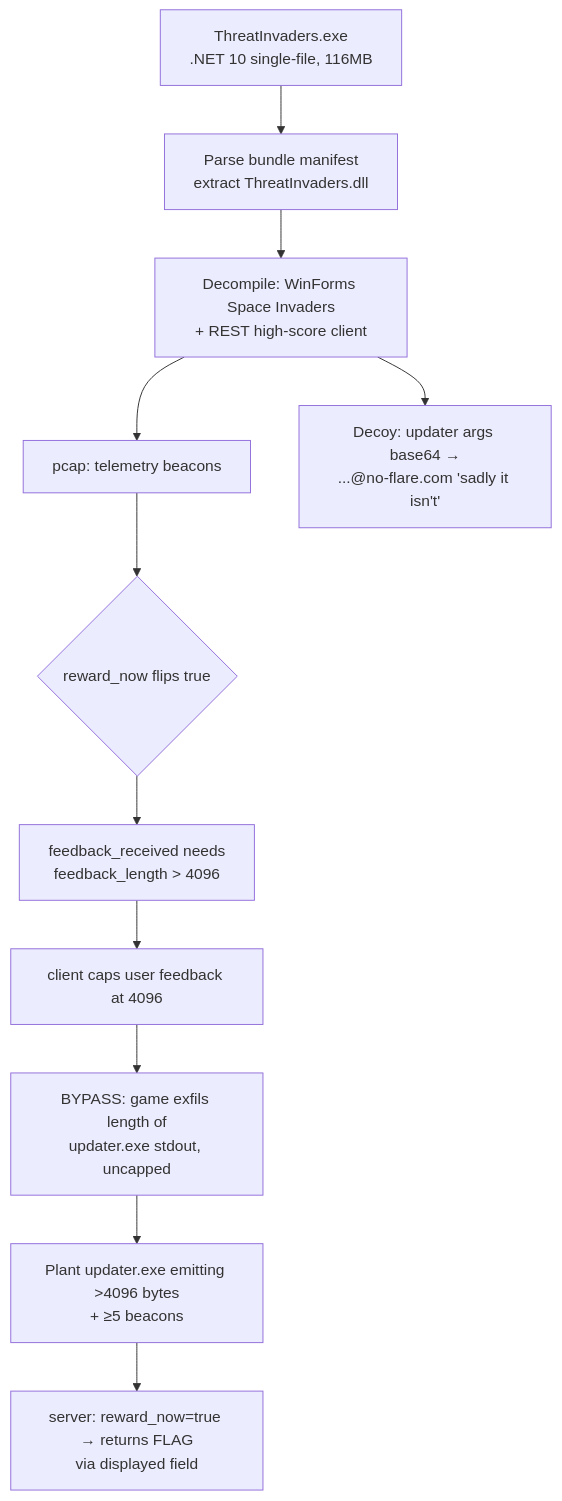
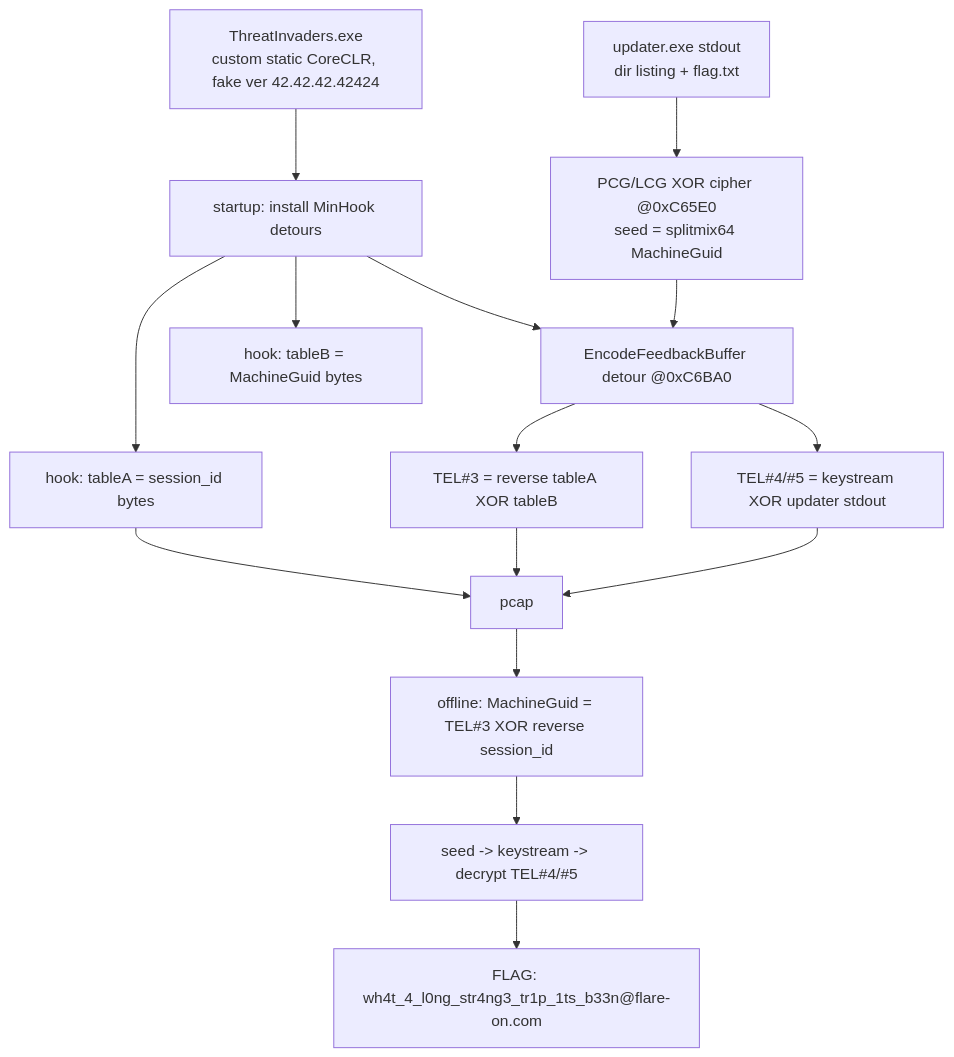
Before and after one commit to blackbeard666/flareon-13-2026-ai-writeups: the diagram in writeups/06-threatinvaders.md, drawn with Mermaid. The commit also changed other lines of this file and 45 other files, not shown here.

First line of the commit message:
FLARE-On 13 #6 ThreatInvaders: SOLVED offline

````diff
--- a/writeups/06-threatinvaders.md
+++ b/writeups/06-threatinvaders.md
@@ -72,13 +74,17 @@
 ```mermaid
 flowchart TD
-    A[ThreatInvaders.exe<br/>.NET 10 single-file, 116MB] --> B[Parse bundle manifest<br/>extract ThreatInvaders.dll]
-    B --> C[Decompile: WinForms Space Invaders<br/>+ REST high-score client]
-    C --> D[pcap: telemetry beacons]
-    D --> E{reward_now flips true}
-    E --> F[feedback_received needs<br/>feedback_length &gt; 4096]
-    F --> G[client caps user feedback at 4096]
-    G --> H[BYPASS: game exfils length of<br/>updater.exe stdout, uncapped]
-    H --> I[Plant updater.exe emitting &gt;4096 bytes<br/>+ ≥5 beacons]
-    I --> J[server: reward_now=true → returns FLAG<br/>via displayed field]
-    C --> K[Decoy: updater args base64 →<br/>...@no-flare.com 'sadly it isn't']
+    A[ThreatInvaders.exe<br/>custom static CoreCLR, fake ver 42.42.42.42424] --> B[startup: install MinHook detours]
+    B --> C[hook: tableA = session_id bytes]
+    B --> D[hook: tableB = MachineGuid bytes]
+    B --> E[EncodeFeedbackBuffer detour @0xC6BA0]
+    F[updater.exe stdout<br/>dir listing + flag.txt] --> G[PCG/LCG XOR cipher @0xC65E0<br/>seed = splitmix64 MachineGuid]
+    G --> E
+    E --> H[TEL#3 = reverse tableA XOR tableB]
+    E --> I[TEL#4/#5 = keystream XOR updater stdout]
+    H --> J[pcap]
+    I --> J
+    C --> J
+    J --> K[offline: MachineGuid = TEL#3 XOR reverse session_id]
+    K --> L[seed -> keystream -> decrypt TEL#4/#5]
+    L --> M[FLAG: wh4t_4_l0ng_str4ng3_tr1p_1ts_b33n@flare-on.com]
 ```
````
